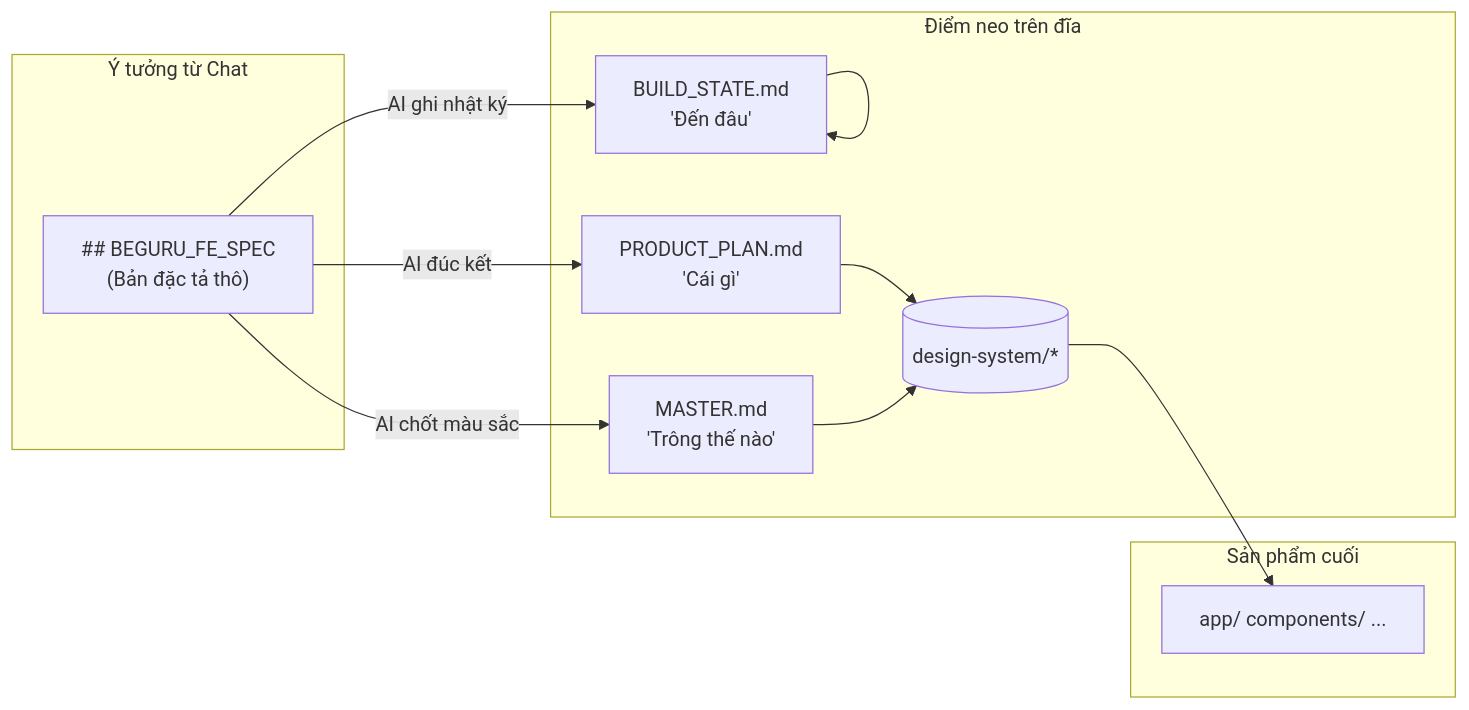
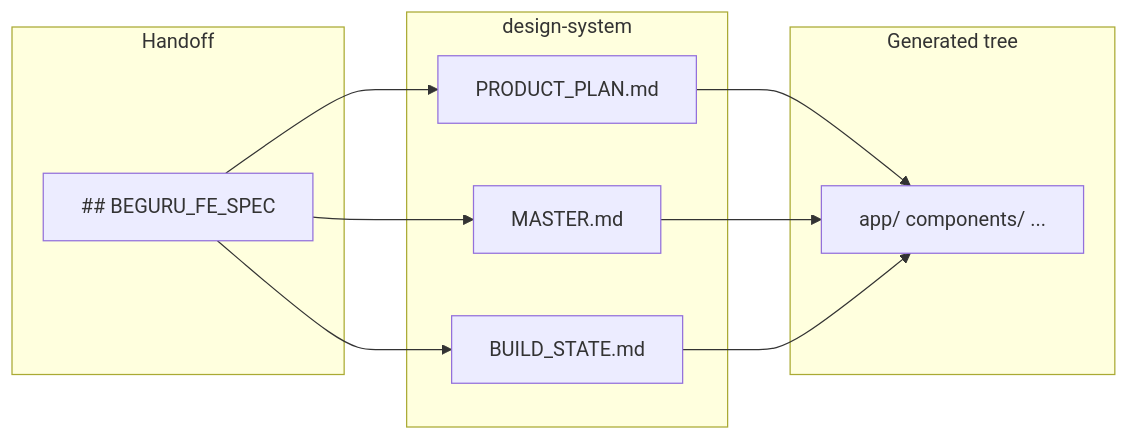
One commit to charlieviettq/charlieviettq.github.io changed the diagram in content/posts/beguru-ai-case-study-design-system-disk.md. Above: the diagram before and after it, drawn with Mermaid. The commit also changed other lines of this file and 5 other files, not shown here.

First line of the commit message:
docs(blog): BeGuru series as Technical Docs with architecture overview

````diff
--- a/content/posts/beguru-ai-case-study-design-system-disk.md
+++ b/content/posts/beguru-ai-case-study-design-system-disk.md
@@ -28,25 +35,23 @@
 ```mermaid
 flowchart LR
-  subgraph spec_layer [Ý tưởng từ Chat]
-    FE["## BEGURU_FE_SPEC\n(Bản đặc tả thô)"]
+  subgraph handoff [Handoff]
+    FESpec["## BEGURU_FE_SPEC"]
   end
 
-  subgraph disk [Điểm neo trên đĩa]
-    PP[PRODUCT_PLAN.md\n'Cái gì']
-    BS[BUILD_STATE.md\n'Đến đâu']
-    M[MASTER.md\n'Trông thế nào']
-    DS[(design-system/*)]
+  subgraph ds [design-system]
+    PP[PRODUCT_PLAN.md]
+    BS[BUILD_STATE.md]
+    M[MASTER.md]
   end
 
-  subgraph code [Sản phẩm cuối]
+  subgraph gen [Generated tree]
     APP[app/ components/ ...]
   end
 
-  FE -->|AI đúc kết| PP
-  FE -->|AI chốt màu sắc| M
-  FE -->|AI ghi nhật ký| BS
-  PP --> DS
-  M --> DS
-  BS --> BS
-  DS --> APP
+  FESpec --> PP
+  FESpec --> M
+  FESpec --> BS
+  PP --> APP
+  M --> APP
+  BS --> APP
 ```
````
